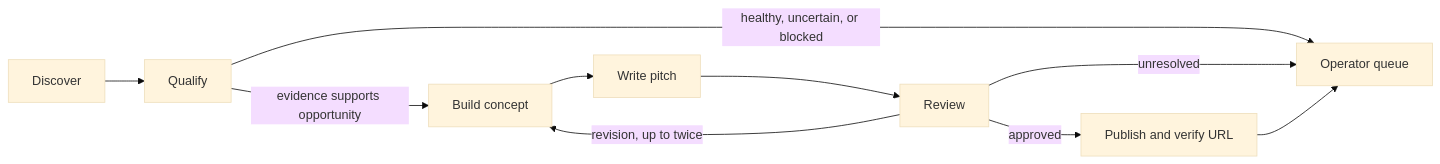
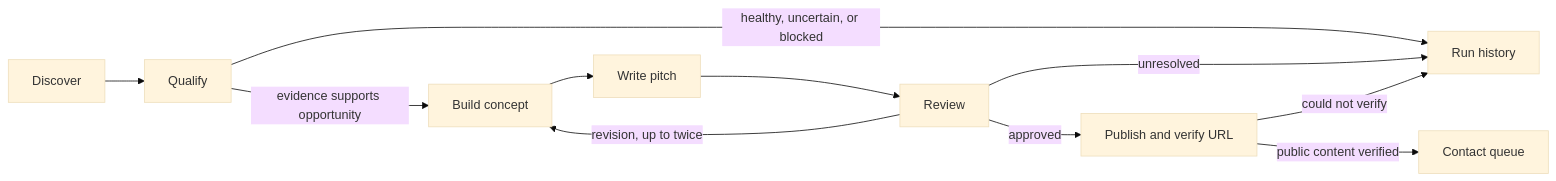
Before and after one commit to Abraham21/sitescout-capstone: the diagram in README.md, drawn with Mermaid (base theme). The commit also changed other lines of this file and 28 other files, not shown here.

````diff
--- a/README.md
+++ b/README.md
@@ -44,12 +44,13 @@
 ```mermaid
 flowchart LR
     D[Discover] --> Q[Qualify]
     Q -->|evidence supports opportunity| B[Build concept]
-    Q -->|healthy, uncertain, or blocked| O[Operator queue]
+    Q -->|healthy, uncertain, or blocked| H[Run history]
     B --> W[Write pitch]
     W --> R[Review]
     R -->|revision, up to twice| B
-    R -->|unresolved| O
+    R -->|unresolved| H
     R -->|approved| P[Publish and verify URL]
-    P --> O
+    P -->|public content verified| O[Contact queue]
+    P -->|could not verify| H
 ```
````
